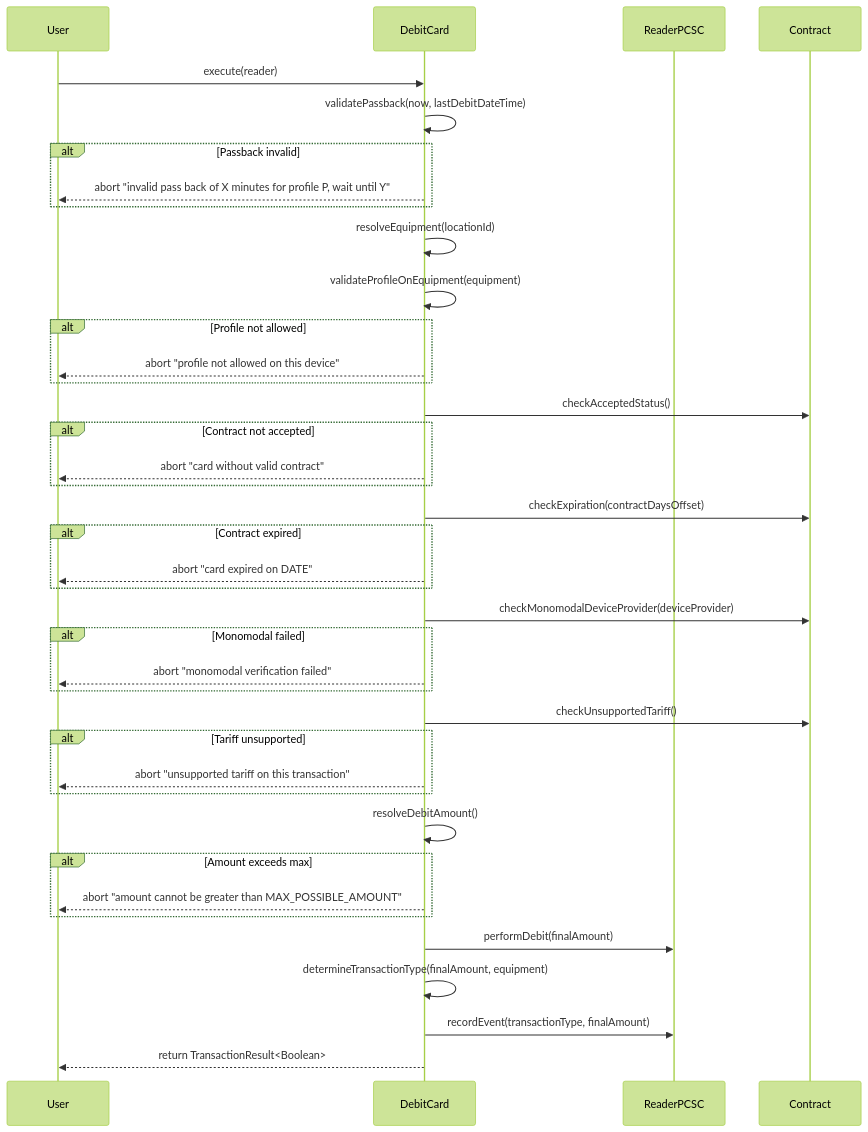
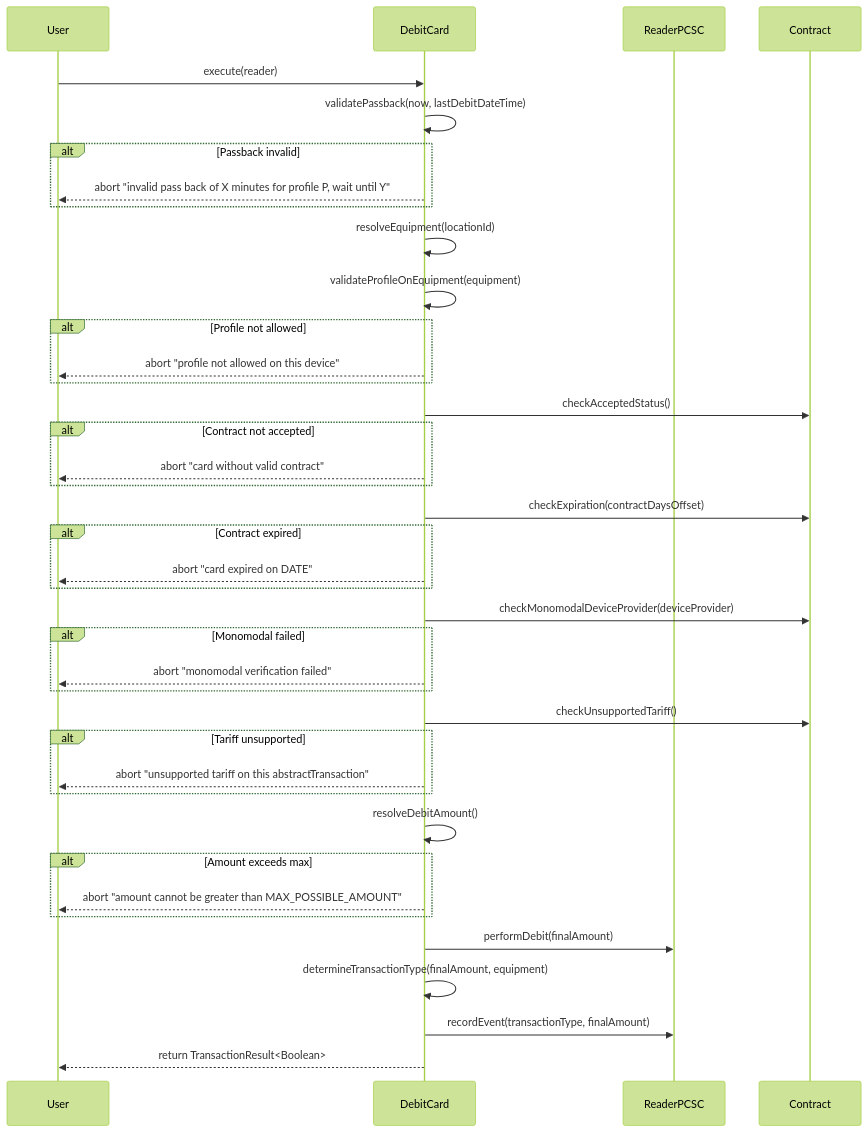
Before and after one commit to HugoQuinn2/CardKit: the diagram in docs/diagrams/debitCard.mmd, drawn with Mermaid (forest theme). The commit also changed 73 other files, not shown here.

```diff
--- a/docs/diagrams/debitCard.mmd
+++ b/docs/diagrams/debitCard.mmd
@@ -1,64 +1,64 @@
 sequenceDiagram
     participant User
     participant DebitCard
     participant ReaderPCSC
     participant Contract
 
     User->>DebitCard: execute(reader)
 
 %% Passback verification
     DebitCard->>DebitCard: validatePassback(now, lastDebitDateTime)
     alt Passback invalid
         DebitCard-->>User: abort "invalid pass back of X minutes for profile P, wait until Y"
     end
 
 %% Resolve equipment
     DebitCard->>DebitCard: resolveEquipment(locationId)
 
 %% Profile allowed on equipment
     DebitCard->>DebitCard: validateProfileOnEquipment(equipment)
     alt Profile not allowed
         DebitCard-->>User: abort "profile not allowed on this device"
     end
 
 %% Contract status
     DebitCard->>Contract: checkAcceptedStatus()
     alt Contract not accepted
         DebitCard-->>User: abort "card without valid contract"
     end
 
 %% Contract expiration
     DebitCard->>Contract: checkExpiration(contractDaysOffset)
     alt Contract expired
         DebitCard-->>User: abort "card expired on DATE"
     end
 
 %% Monomodal verification
     DebitCard->>Contract: checkMonomodalDeviceProvider(deviceProvider)
     alt Monomodal failed
         DebitCard-->>User: abort "monomodal verification failed"
     end
 
 %% Unsupported tariff
     DebitCard->>Contract: checkUnsupportedTariff()
     alt Tariff unsupported
-        DebitCard-->>User: abort "unsupported tariff on this transaction"
+        DebitCard-->>User: abort "unsupported tariff on this abstractTransaction"
     end
 
 %% Resolve debit amount
     DebitCard->>DebitCard: resolveDebitAmount()
     alt Amount exceeds max
         DebitCard-->>User: abort "amount cannot be greater than MAX_POSSIBLE_AMOUNT"
     end
 
 %% Perform debit
     DebitCard->>ReaderPCSC: performDebit(finalAmount)
 
-%% Determine transaction type
+%% Determine abstractTransaction type
     DebitCard->>DebitCard: determineTransactionType(finalAmount, equipment)
 
 %% Save event
     DebitCard->>ReaderPCSC: recordEvent(transactionType, finalAmount)
 
 %% Return result
     DebitCard-->>User: return TransactionResult<Boolean>
```
